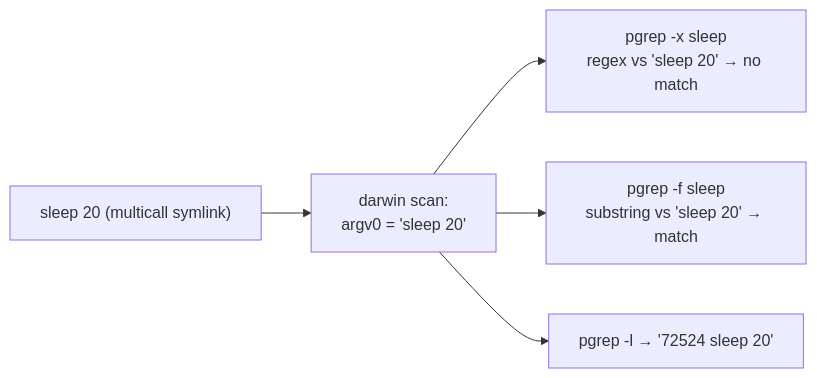
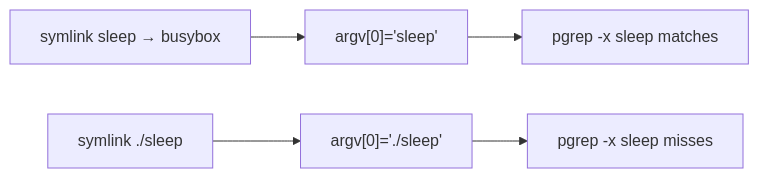
Before and after one commit to rob-c/busybox-static: the diagram in docs/gotchas/darwin-pgrep-is-built-but-x-never-matches-argv-is-pre-joined.md, drawn with Mermaid. The commit also changed other lines of this file and 48 other files, not shown here.

````diff
--- a/docs/gotchas/darwin-pgrep-is-built-but-x-never-matches-argv-is-pre-joined.md
+++ b/docs/gotchas/darwin-pgrep-is-built-but-x-never-matches-argv-is-pre-joined.md
@@ -11,7 +11,7 @@
 ```mermaid
 flowchart LR
-  A["sleep 20 (multicall symlink)"] --> B["darwin scan:<br/>argv0 = 'sleep 20'"]
-  B --> C["pgrep -x sleep<br/>regex vs 'sleep 20' → no match"]
-  B --> D["pgrep -f sleep<br/>substring vs 'sleep 20' → match"]
-  B --> E["pgrep -l → '72524 sleep 20'"]
+  A["symlink sleep → busybox"] --> B["argv[0]='sleep'"]
+  A2["symlink ./sleep"] --> C["argv[0]='./sleep'"]
+  B --> D["pgrep -x sleep matches"]
+  C --> E["pgrep -x sleep misses"]
 ```
````
